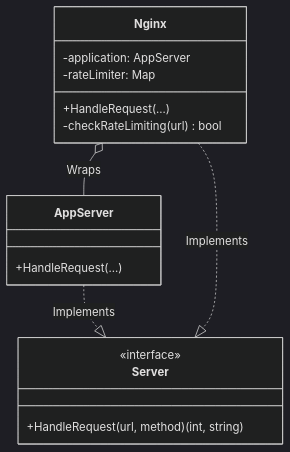
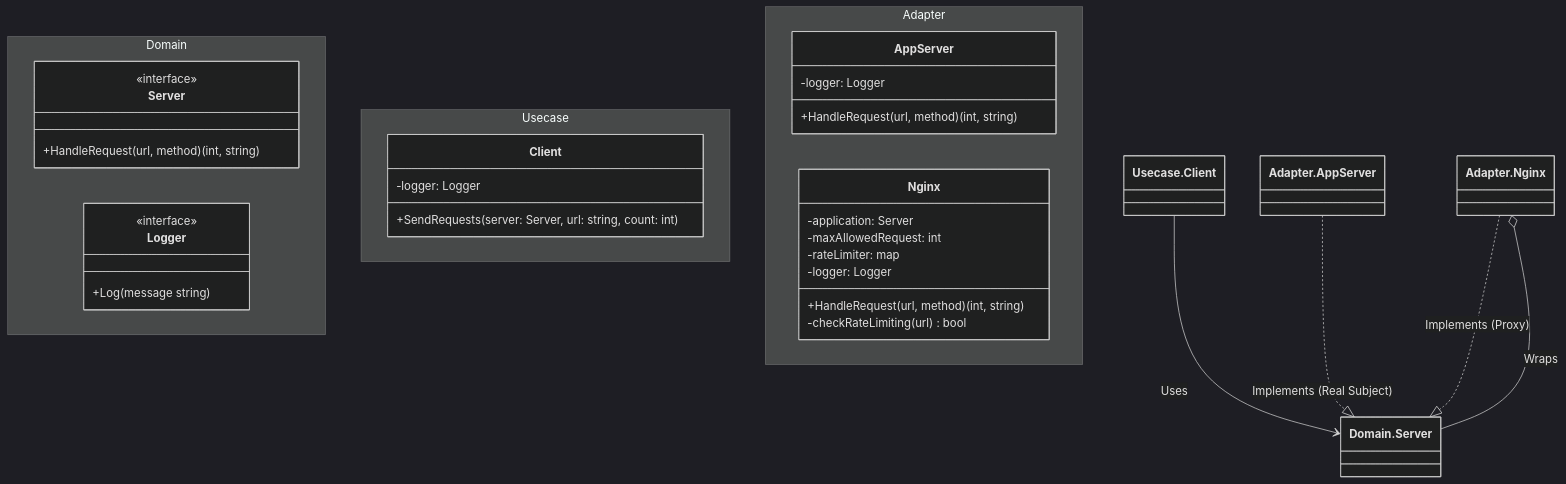
The diagram in proxy-example/README.md (sokoide/design-patterns), drawn with Mermaid (dark theme) before and after one commit. The commit also changed other lines of this file and 102 other files, not shown here.

````diff
--- a/proxy-example/README.md
+++ b/proxy-example/README.md
@@ -32,27 +19,44 @@
 ```mermaid
 classDiagram
     direction TB
 
-    %% Domain Layer
-    class Server {
-        <<interface>>
-        +HandleRequest(url, method) (int, string)
+    namespace Domain {
+        class Server {
+            <<interface>>
+            +HandleRequest(url, method) (int, string)
+        }
+        class Logger {
+            <<interface>>
+            +Log(message string)
+        }
     }
 
-    %% Adapter Layer
-    class AppServer {
-        +HandleRequest(...)
+    namespace Usecase {
+        class Client {
+            -logger: Logger
+            +SendRequests(server: Server, url: string, count: int)
+        }
     }
 
-    class Nginx {
-        -application: AppServer
-        -rateLimiter: Map
-        +HandleRequest(...)
-        -checkRateLimiting(url) bool
+    namespace Adapter {
+        class AppServer {
+            -logger: Logger
+            +HandleRequest(url, method) (int, string)
+        }
+
+        class Nginx {
+            -application: Server
+            -maxAllowedRequest: int
+            -rateLimiter: map
+            -logger: Logger
+            +HandleRequest(url, method) (int, string)
+            -checkRateLimiting(url) bool
+        }
     }
 
     %% Relationships
-    AppServer ..|> Server : Implements
-    Nginx ..|> Server : Implements
-    Nginx o-- AppServer : Wraps
+    Usecase.Client --> Domain.Server : Uses
+    Adapter.AppServer ..|> Domain.Server : Implements (Real Subject)
+    Adapter.Nginx ..|> Domain.Server : Implements (Proxy)
+    Adapter.Nginx o-- Domain.Server : Wraps
 ```
````
